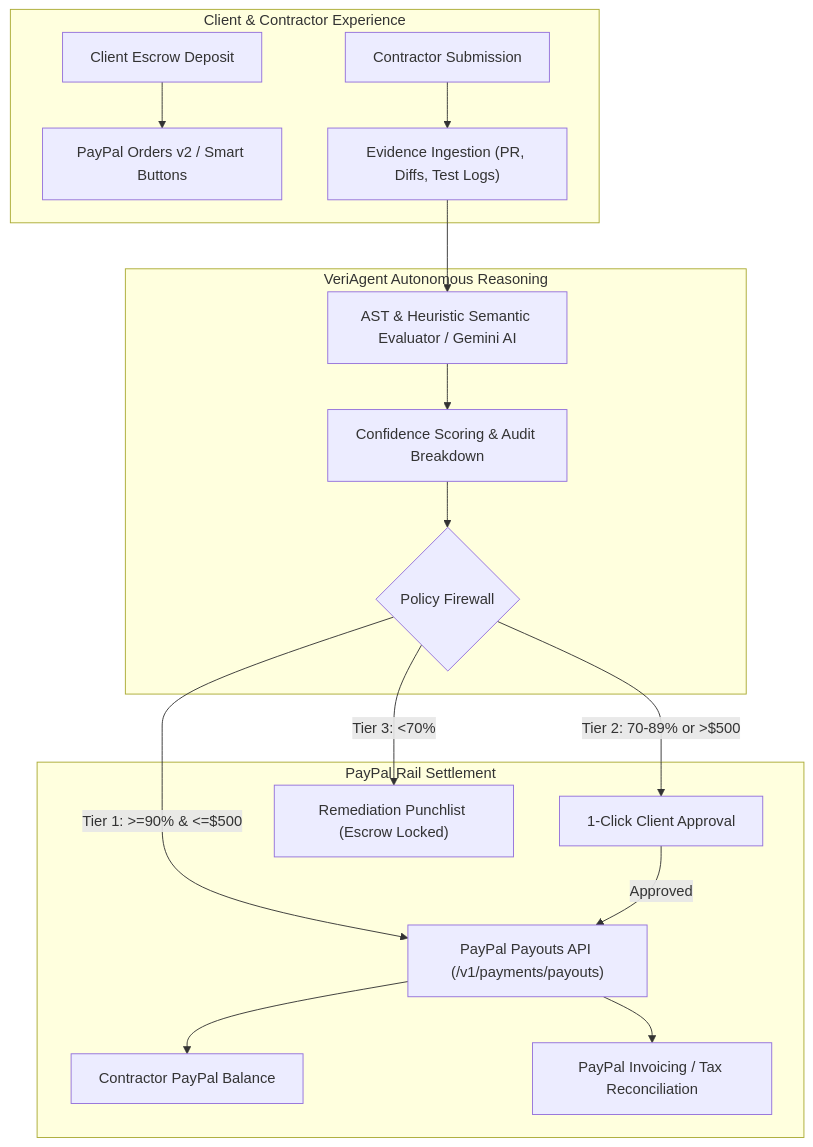
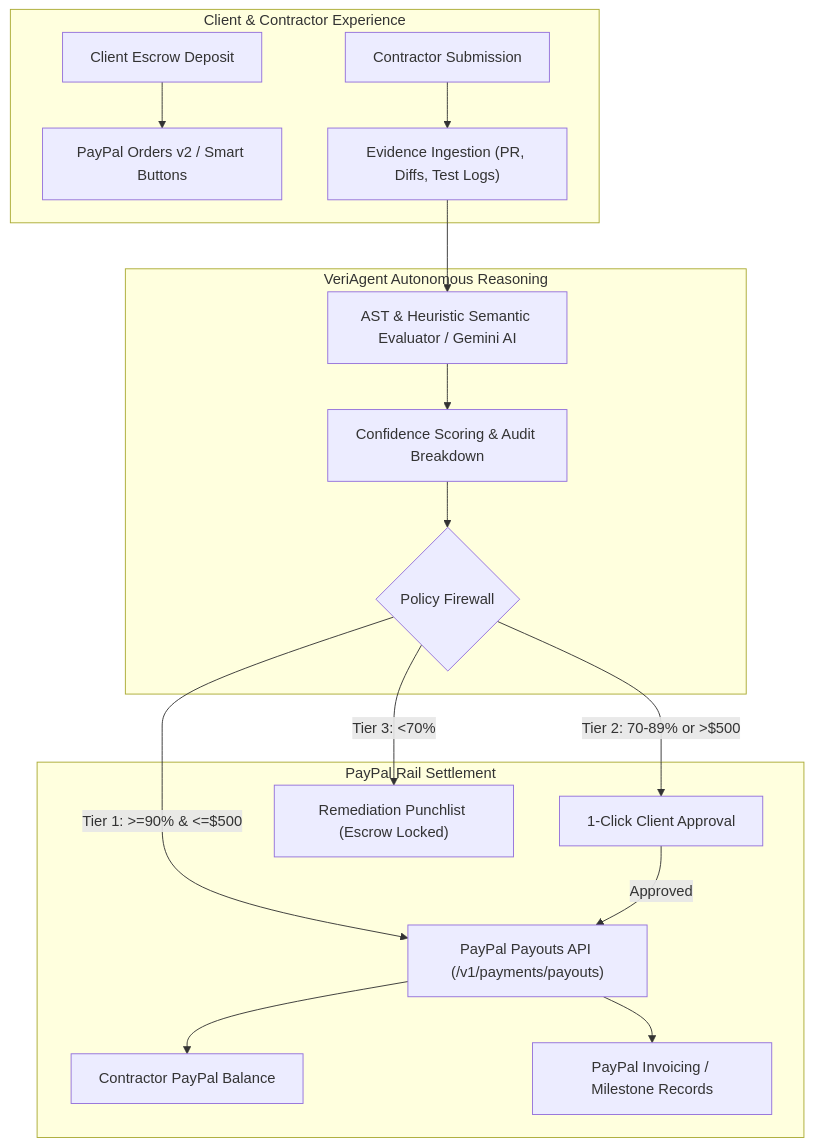
One commit to kbytehub0x/veripay changed the diagram in README.md. Above: the diagram before and after it, drawn with Mermaid. The commit also changed other lines of this file and 7 other files, not shown here.

Commit message:
docs: align roadmap with hackathon rules, refine agentic commerce narrative, and update setup paths

````diff
--- a/README.md
+++ b/README.md
@@ -29,22 +29,22 @@
 ```mermaid
 flowchart TD
     subgraph ClientLayer["Client & Contractor Experience"]
         A["Client Escrow Deposit"] --> B["PayPal Orders v2 / Smart Buttons"]
         C["Contractor Submission"] --> D["Evidence Ingestion (PR, Diffs, Test Logs)"]
     end
 
     subgraph AgentLayer["VeriAgent Autonomous Reasoning"]
         D --> E["AST & Heuristic Semantic Evaluator / Gemini AI"]
         E --> F["Confidence Scoring & Audit Breakdown"]
         F --> G{"Policy Firewall"}
     end
 
     subgraph ExecutionLayer["PayPal Rail Settlement"]
         G -->|"Tier 1: >=90% & <=$500"| H["PayPal Payouts API (/v1/payments/payouts)"]
         G -->|"Tier 2: 70-89% or >$500"| I["1-Click Client Approval"]
         G -->|"Tier 3: <70%"| J["Remediation Punchlist (Escrow Locked)"]
         I -->|"Approved"| H
         H --> K["Contractor PayPal Balance"]
-        H --> L["PayPal Invoicing / Tax Reconciliation"]
+        H --> L["PayPal Invoicing / Milestone Records"]
     end
 ```
````
